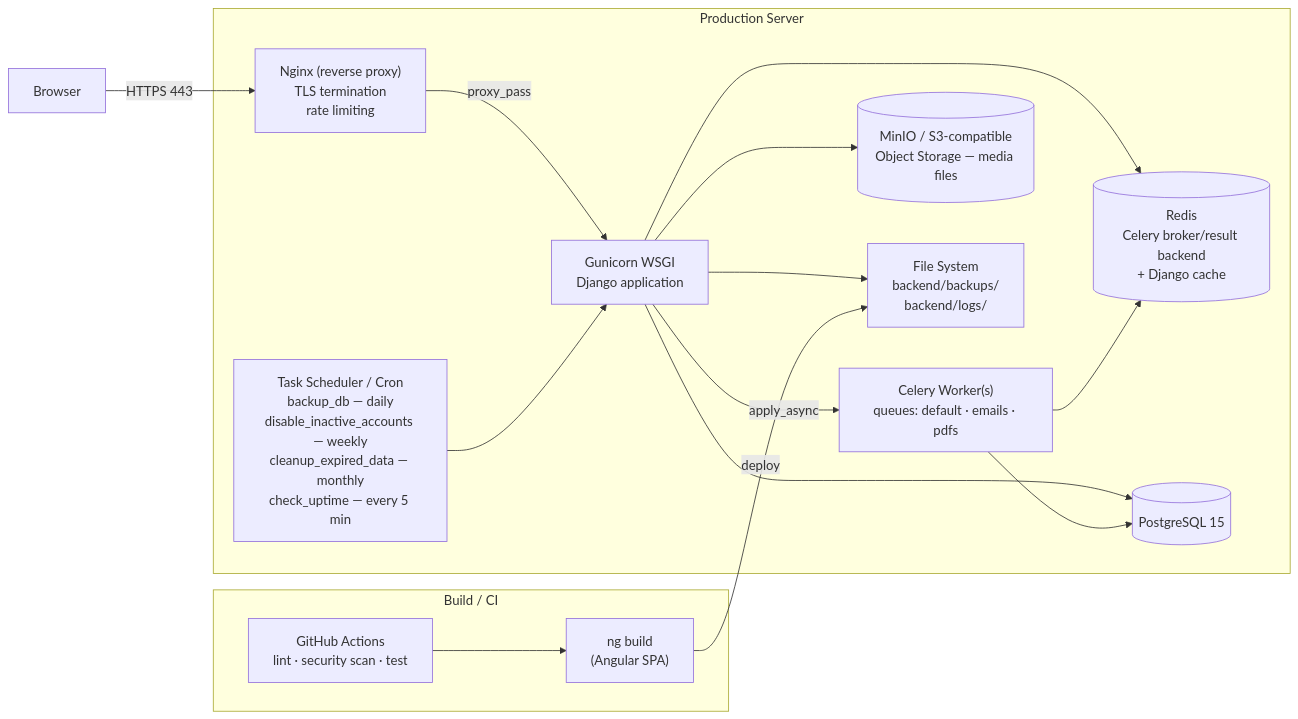
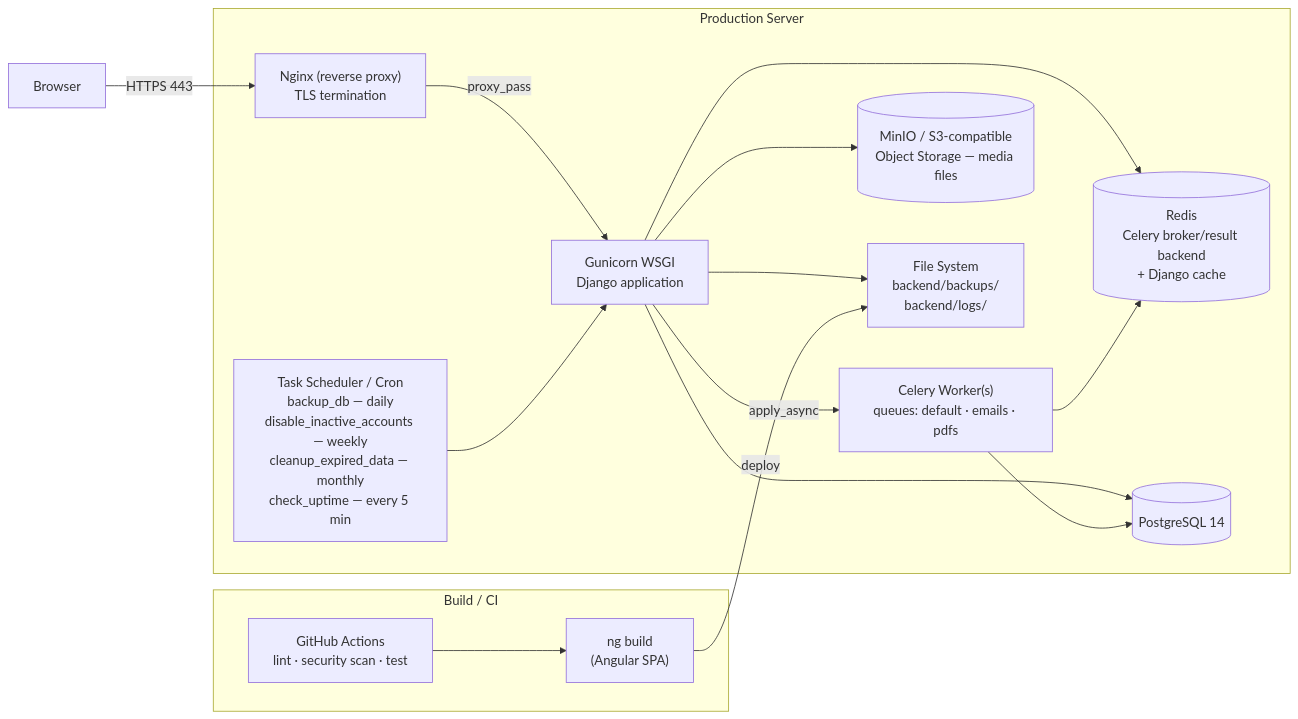
One commit to arslant84/tms.app changed the sixth of 11 diagrams in docs/ARCHITECTURE.md. Above: the diagram before and after it, drawn with Mermaid. The commit also changed other lines of this file, not shown here.

First line of the commit message:
Correct ARCHITECTURE.md against verified production state

````diff
--- a/docs/ARCHITECTURE.md
+++ b/docs/ARCHITECTURE.md
@@ -262,31 +268,31 @@
 ```mermaid
 graph LR
     subgraph Prod["Production Server"]
-        NG["Nginx (reverse proxy)<br/>TLS termination<br/>rate limiting"]
+        NG["Nginx (reverse proxy)<br/>TLS termination"]
         GN["Gunicorn WSGI<br/>Django application"]
         CW["Celery Worker(s)<br/>queues: default · emails · pdfs"]
         RD[("Redis<br/>Celery broker/result backend<br/>+ Django cache")]
-        PG2[("PostgreSQL 15")]
+        PG2[("PostgreSQL 14")]
         S3[("MinIO / S3-compatible<br/>Object Storage — media files")]
         FS["File System<br/>backend/backups/<br/>backend/logs/"]
         CRON["Task Scheduler / Cron<br/>backup_db — daily<br/>disable_inactive_accounts — weekly<br/>cleanup_expired_data — monthly<br/>check_uptime — every 5 min"]
     end
 
     subgraph Build["Build / CI"]
         GHA["GitHub Actions<br/>lint · security scan · test"]
         ANG["ng build<br/>(Angular SPA)"]
     end
 
     Browser -->|HTTPS 443| NG
     NG -->|proxy_pass| GN
     GN --> PG2
     GN --> FS
     GN --> RD
     GN -->|"apply_async"| CW
     CW --> RD
     CW --> PG2
     GN --> S3
     CRON --> GN
     GHA --> ANG
     ANG -->|deploy| FS
 ```
````
